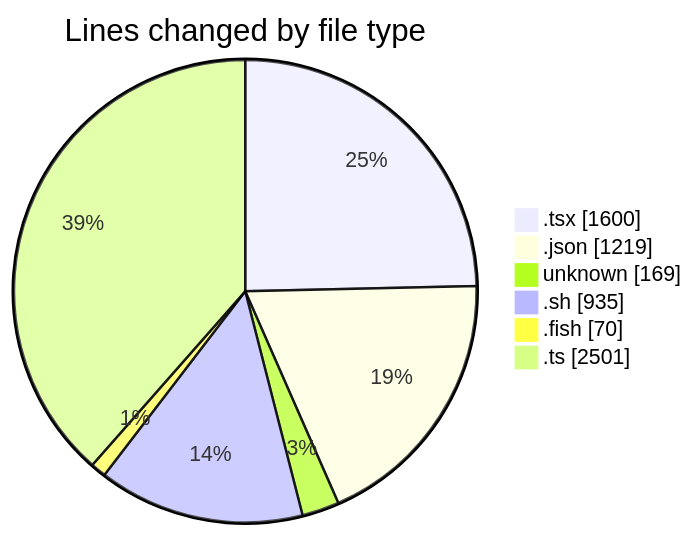
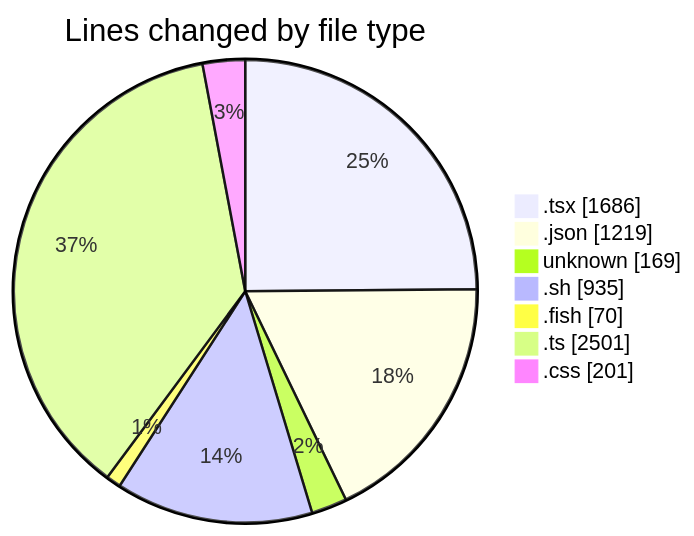
One commit to EIIisD/code-tracking changed the first of 2 diagrams in 2025-07-17/ribbon/README.md. Above: the diagram before and after it, drawn with Mermaid. The commit also changed other lines of this file and 1 other file, not shown here.

````diff
--- a/2025-07-17/ribbon/README.md
+++ b/2025-07-17/ribbon/README.md
@@ -53,10 +54,11 @@
 ```mermaid
 pie showData
 title Lines changed by file type
-".tsx" : 1600
+".tsx" : 1686
 ".json" : 1219
 "unknown" : 169
 ".sh" : 935
 ".fish" : 70
 ".ts" : 2501
+".css" : 201
 ```
````
